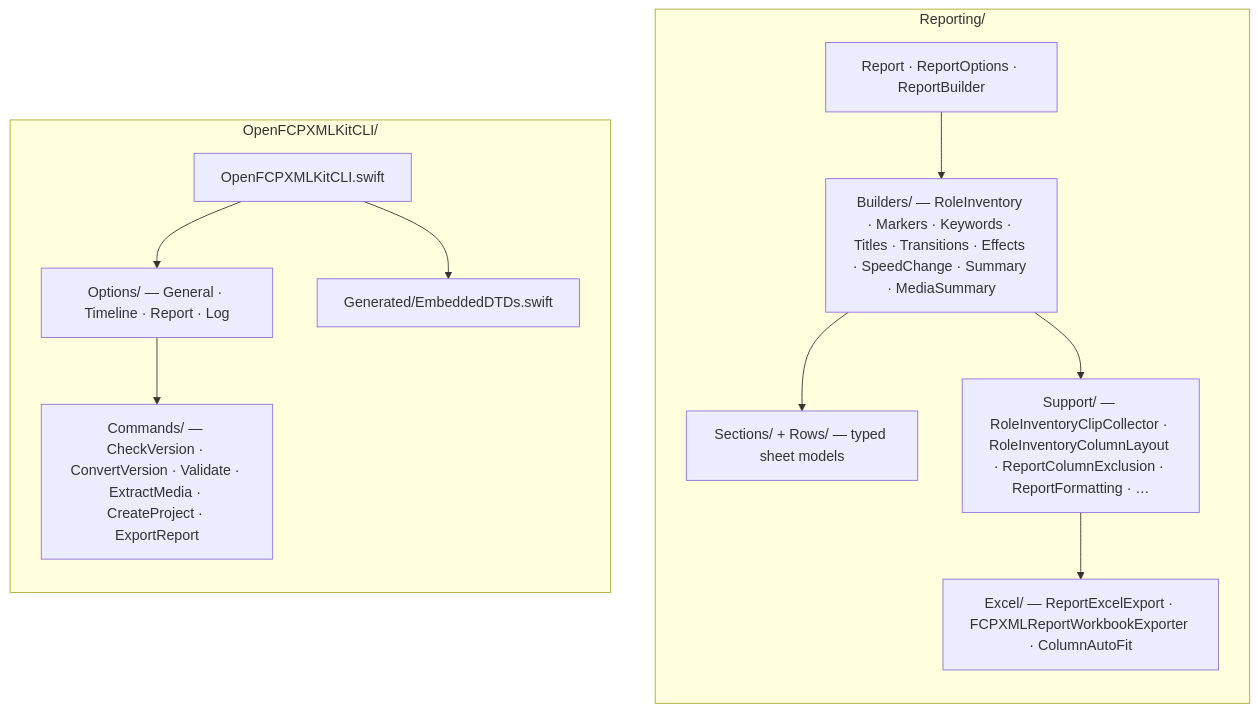
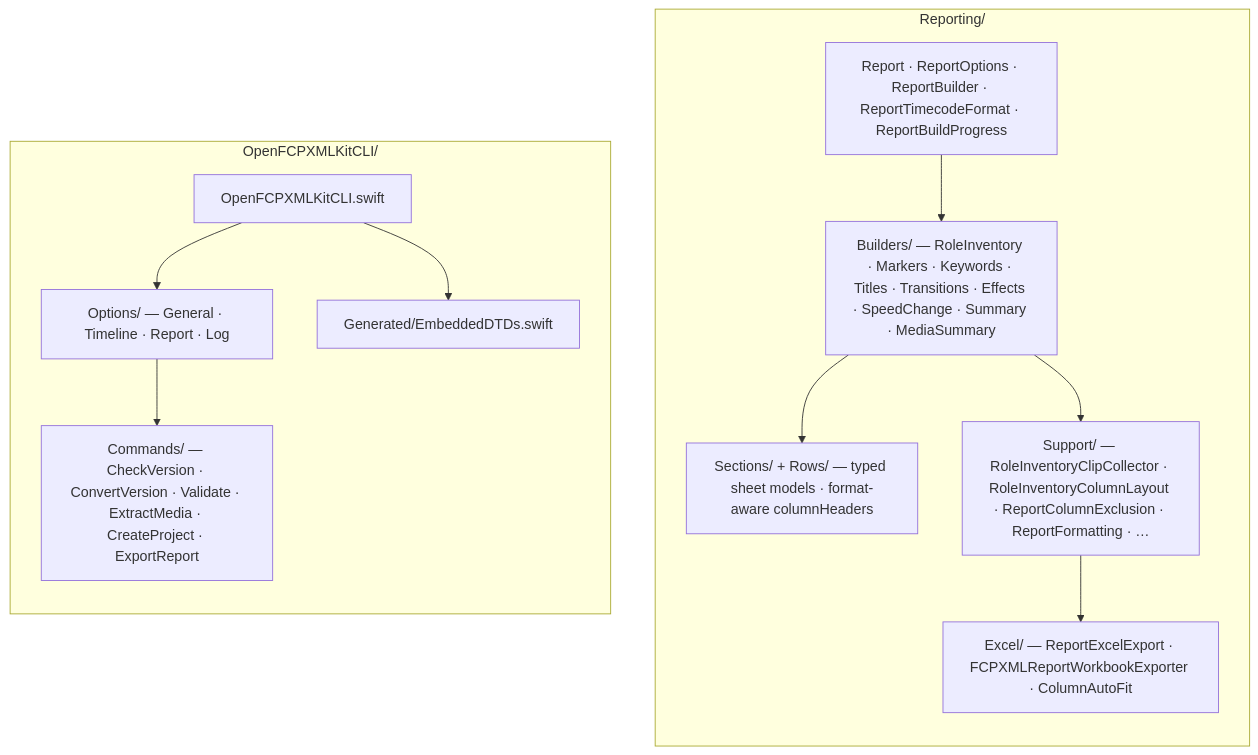
One commit to TheAcharya/OpenFCPXMLKit changed the third of 4 diagrams in ARCHITECTURE.md. Above: the diagram before and after it, drawn with Mermaid. The commit also changed other lines of this file and 15 other files, not shown here.

Commit message:
Document 3.0.2 report timecode formats and inventory-first progress.

````diff
--- a/ARCHITECTURE.md
+++ b/ARCHITECTURE.md
@@ -178,23 +182,23 @@
 ```mermaid
 flowchart TB
     subgraph REP_DETAIL["Reporting/"]
         direction TB
-        R_TOP["Report · ReportOptions · ReportBuilder"]
+        R_TOP["Report · ReportOptions · ReportBuilder · ReportTimecodeFormat · ReportBuildProgress"]
         R_BLD["Builders/ — RoleInventory · Markers · Keywords · Titles · Transitions · Effects · SpeedChange · Summary · MediaSummary"]
-        R_SEC["Sections/ + Rows/ — typed sheet models"]
+        R_SEC["Sections/ + Rows/ — typed sheet models · format-aware columnHeaders"]
         R_SUP["Support/ — RoleInventoryClipCollector · RoleInventoryColumnLayout · ReportColumnExclusion · ReportFormatting · …"]
         R_XLS["Excel/ — ReportExcelExport · FCPXMLReportWorkbookExporter · ColumnAutoFit"]
         R_TOP --> R_BLD --> R_SEC
         R_BLD --> R_SUP --> R_XLS
     end
 
     subgraph CLI_DETAIL["OpenFCPXMLKitCLI/"]
         direction TB
         C_ROOT["OpenFCPXMLKitCLI.swift"]
         C_OPT["Options/ — General · Timeline · Report · Log"]
         C_CMD["Commands/ — CheckVersion · ConvertVersion · Validate · ExtractMedia · CreateProject · ExportReport"]
         C_GEN["Generated/EmbeddedDTDs.swift"]
         C_ROOT --> C_OPT --> C_CMD
         C_ROOT --> C_GEN
     end
 ```
````
